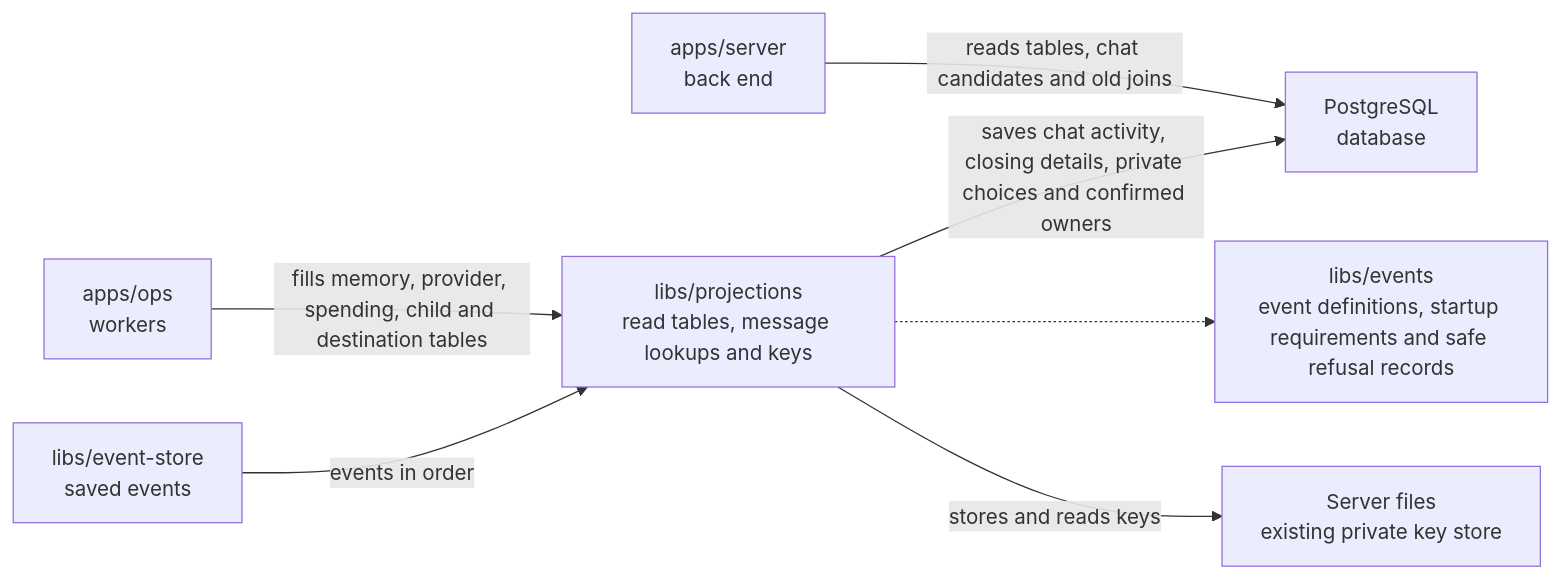
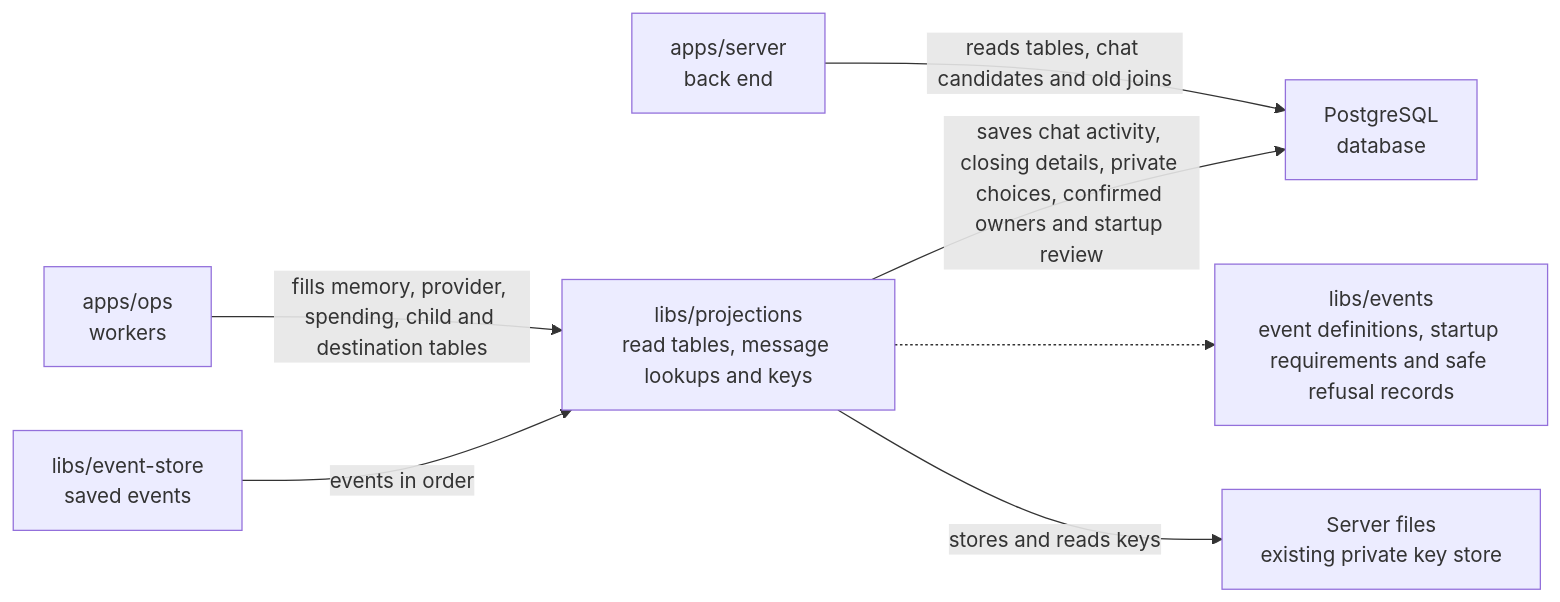
One commit to elewa-git/opencrane-new changed the diagram in libs/projections/README.md. Above: the diagram before and after it, drawn with Mermaid. The commit also changed other lines of this file and 15 other files, not shown here.

````diff
--- a/libs/projections/README.md
+++ b/libs/projections/README.md
@@ -23,9 +23,9 @@
 ```mermaid
 flowchart LR
   ops["apps/ops<br/>workers"] -->|fills memory, provider, spending, child and destination tables| projections["libs/projections<br/>read tables, message lookups and keys"]
   server["apps/server<br/>back end"] -->|reads tables, chat candidates and old joins| pg["PostgreSQL<br/>database"]
-  projections -->|saves chat activity, closing details, private choices and confirmed owners| pg
+  projections -->|saves chat activity, closing details, private choices, confirmed owners and startup review| pg
   store["libs/event-store<br/>saved events"] -->|events in order| projections
   projections -.-> events["libs/events<br/>event definitions, startup requirements and safe refusal records"]
   projections -->|stores and reads keys| keys["Server files<br/>existing private key store"]
 ```
````
